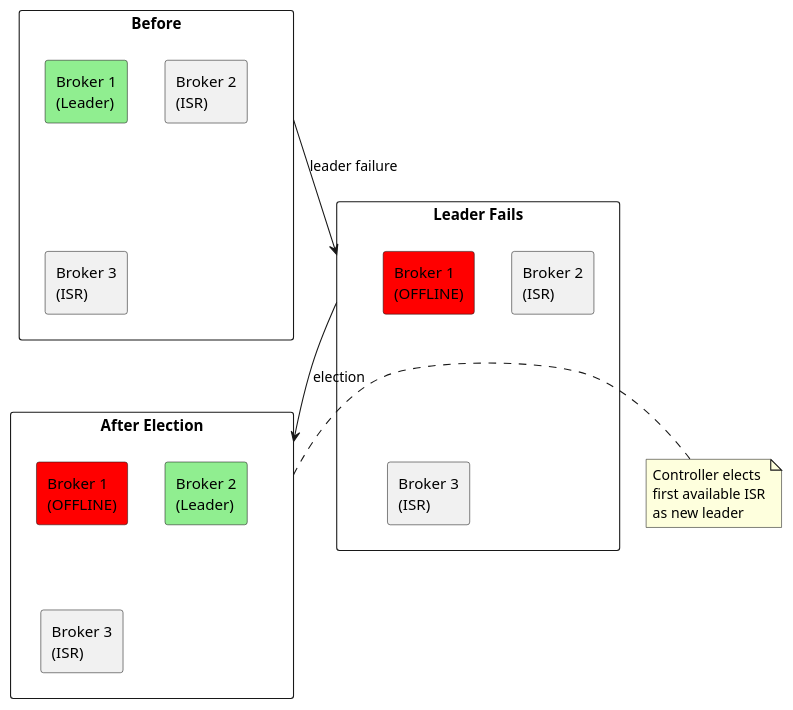
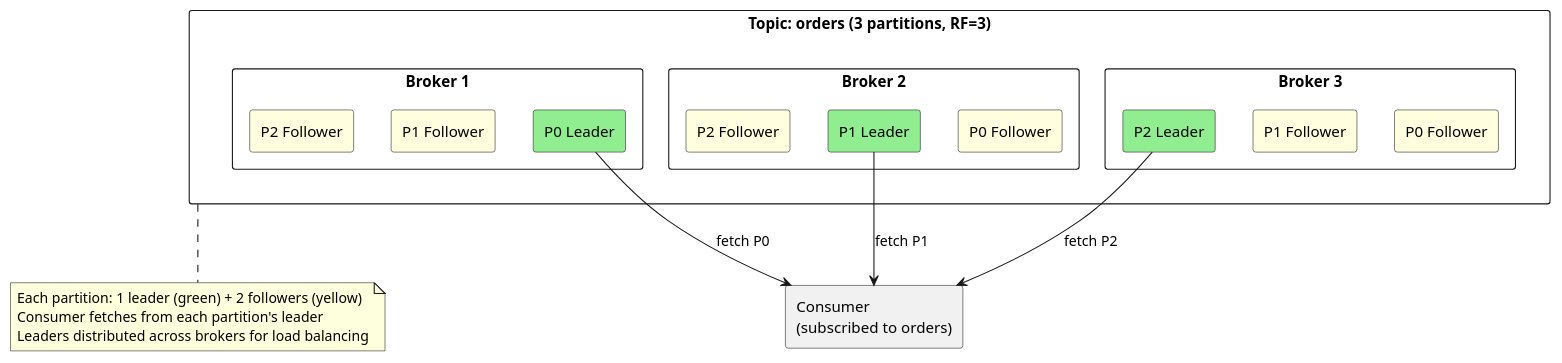
Before and after one commit to axonops/documentation: the second of 8 diagrams in docs/data-platforms/kafka/architecture/replication/index.md, drawn with PlantUML. The commit also changed other lines of this file and 1 other file, not shown here.

````diff
--- a/docs/data-platforms/kafka/architecture/replication/index.md
+++ b/docs/data-platforms/kafka/architecture/replication/index.md
@@ -98,32 +62,40 @@
 ```plantuml
 @startuml
 
-rectangle "Before" as before {
-  rectangle "Broker 1\n(Leader)" as b1_before #lightgreen
-  rectangle "Broker 2\n(ISR)" as b2_before
-  rectangle "Broker 3\n(ISR)" as b3_before
+skinparam backgroundColor transparent
+
+rectangle "Topic: orders (3 partitions, RF=3)" as topic {
+
+  rectangle "Broker 1" as broker1 {
+    rectangle "P0 Leader" as p0_l #lightgreen
+    rectangle "P1 Follower" as p1_f #lightyellow
+    rectangle "P2 Follower" as p2_f #lightyellow
+  }
+
+  rectangle "Broker 2" as broker2 {
+    rectangle "P0 Follower" as p0_f1 #lightyellow
+    rectangle "P1 Leader" as p1_l #lightgreen
+    rectangle "P2 Follower" as p2_f2 #lightyellow
+  }
+
+  rectangle "Broker 3" as broker3 {
+    rectangle "P0 Follower" as p0_f2 #lightyellow
+    rectangle "P1 Follower" as p1_f2 #lightyellow
+    rectangle "P2 Leader" as p2_l #lightgreen
+  }
 }
 
-rectangle "Leader Fails" as fail {
-  rectangle "Broker 1\n(OFFLINE)" as b1_fail #red
-  rectangle "Broker 2\n(ISR)" as b2_fail
-  rectangle "Broker 3\n(ISR)" as b3_fail
-}
+rectangle "Consumer\n(subscribed to orders)" as cons
 
-rectangle "After Election" as after {
-  rectangle "Broker 1\n(OFFLINE)" as b1_after #red
-  rectangle "Broker 2\n(Leader)" as b2_after #lightgreen
-  rectangle "Broker 3\n(ISR)" as b3_after
-}
+p0_l --> cons : fetch P0
+p1_l --> cons : fetch P1
+p2_l --> cons : fetch P2
 
-before -down-> fail : leader failure
-fail -down-> after : election
-
-note right of after
-  Controller elects
-  first available ISR
-  as new leader
+note bottom of topic
+  Each partition: 1 leader (green) + 2 followers (yellow)
+  Consumer fetches from each partition's leader
+  Leaders distributed across brokers for load balancing
 end note
 
 @enduml
 ```
````
